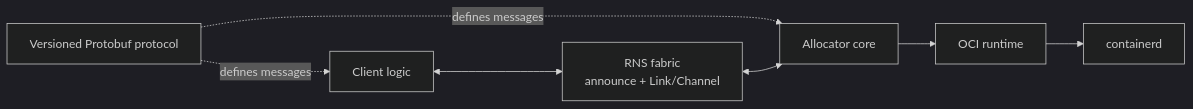
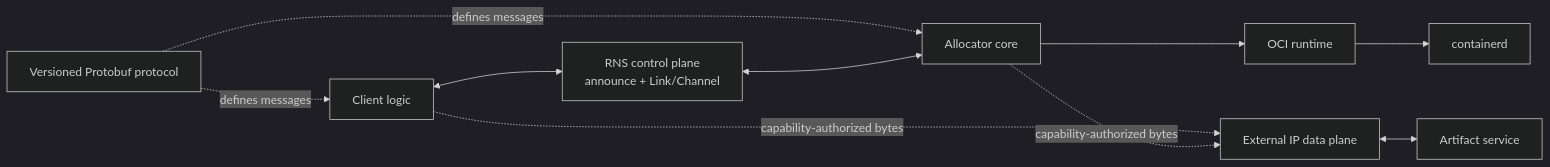
Before and after one commit to mytecor/r1s: the first of 2 diagrams in ARCHITECTURE.md, drawn with Mermaid (dark theme). The commit also changed other lines of this file and 22 other files, not shown here.

First line of the commit message:
docs: plan F13-F18 and define external data-plane boundary

````diff
--- a/ARCHITECTURE.md
+++ b/ARCHITECTURE.md
@@ -26,16 +29,21 @@
 ```mermaid
 flowchart LR
     Protocol[Versioned Protobuf protocol]
     Client[Client logic]
-    Fabric[RNS fabric<br/>announce + Link/Channel]
+    Fabric[RNS control plane<br/>announce + Link/Channel]
     Allocator[Allocator core]
     Runtime[OCI runtime]
     Containerd[containerd]
+    DataPlane[External IP data plane]
+    ArtifactService[Artifact service]
 
     Protocol -. defines messages .-> Client
     Protocol -. defines messages .-> Allocator
     Client <--> Fabric
     Fabric <--> Allocator
     Allocator --> Runtime
     Runtime --> Containerd
+    Client -. capability-authorized bytes .-> DataPlane
+    Allocator -. capability-authorized bytes .-> DataPlane
+    DataPlane <--> ArtifactService
 ```
````
